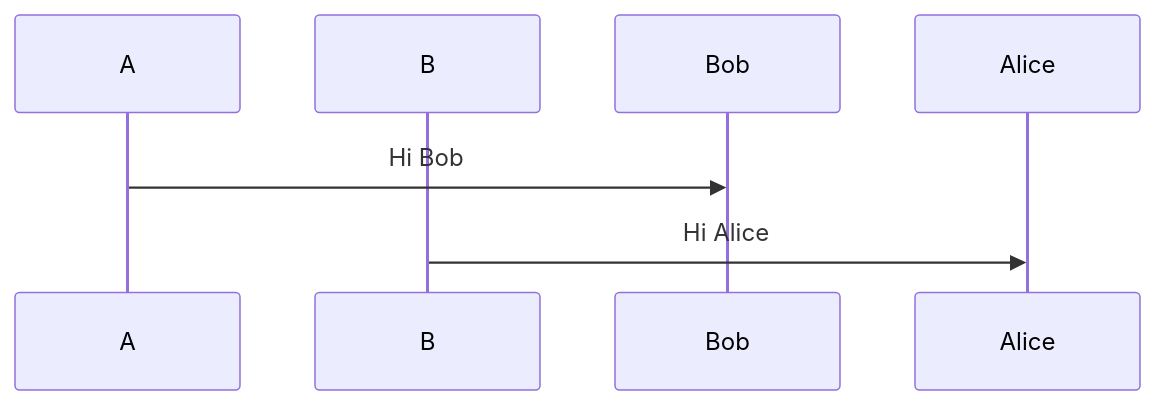
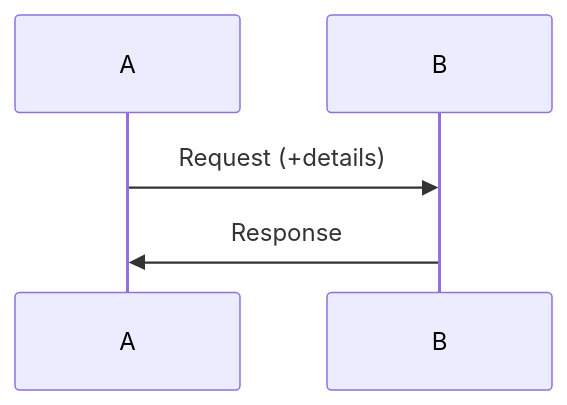
Before and after one commit to angelromarco04/MyNotes: the first of 2 diagrams in Programming/Other/EDD.md, drawn with Mermaid. The commit also changed other lines of this file, not shown here.

````diff
--- a/Programming/Other/EDD.md
+++ b/Programming/Other/EDD.md
@@ -36,7 +38,7 @@
 ```mermaid
 sequenceDiagram
     participant A
     participant B
-    A->>Bob: Hi Bob
-    B->>Alice: Hi Alice
+    A->>B: Request (+details)
+    B->>A: Response
 ```
````
